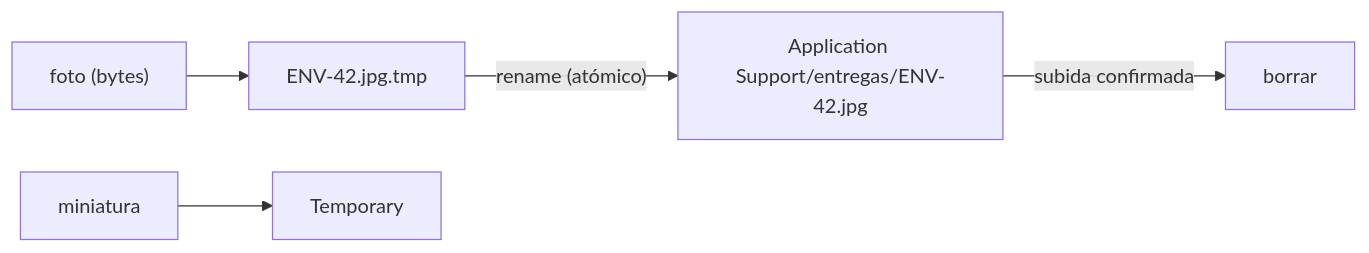
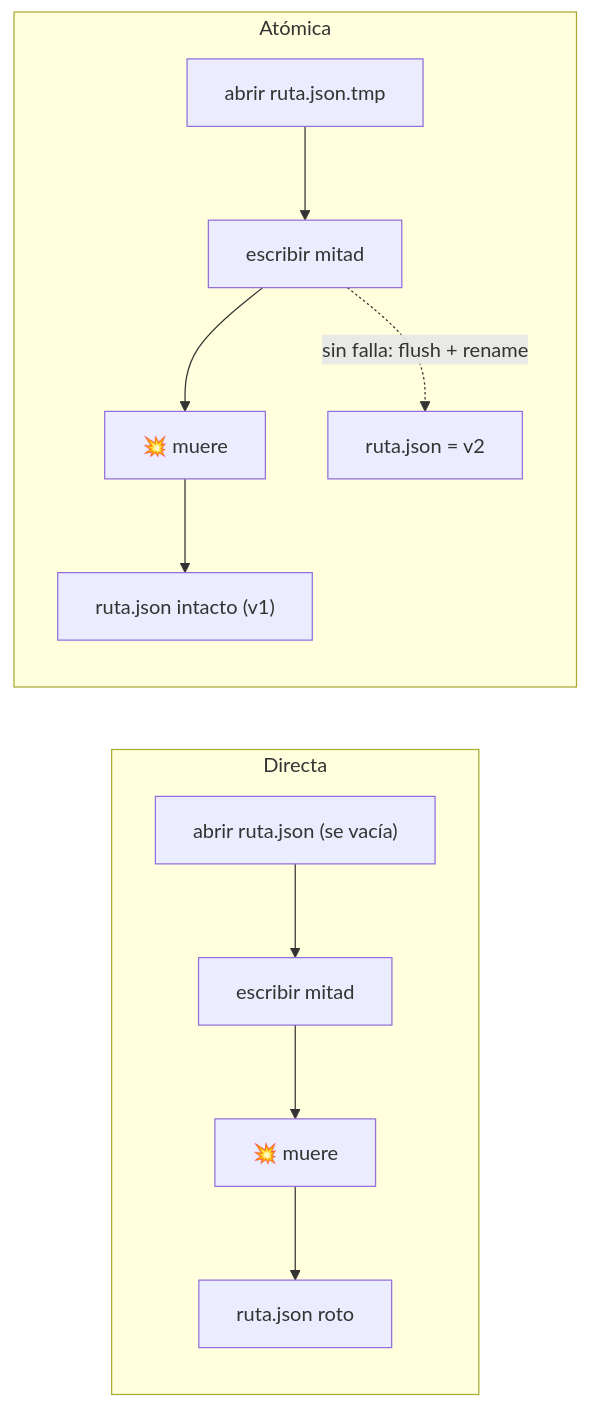
One commit to NICORUIZ93/The_Imperial_Book changed the fifth of 5 diagrams in web/public/content/flutter/modulo-6.md. Above: the diagram before and after it, drawn with Mermaid. The commit also changed other lines of this file and 6 other files, not shown here.

````diff
--- a/web/public/content/flutter/modulo-6.md
+++ b/web/public/content/flutter/modulo-6.md
@@ -502,7 +1483,10 @@
 ```mermaid
 flowchart LR
-    F["foto (bytes)"] --> T["ENV-42.jpg.tmp"]
-    T -->|"rename (atómico)"| A["Application Support/entregas/ENV-42.jpg"]
-    A -->|"subida confirmada"| B["borrar"]
-    M["miniatura"] --> C["Temporary"]
+    subgraph D["Directa"]
+        D1["abrir ruta.json (se vacía)"] --> D2["escribir mitad"] --> D3["💥 muere"] --> D4["ruta.json roto"]
+    end
+    subgraph A["Atómica"]
+        A1["abrir ruta.json.tmp"] --> A2["escribir mitad"] --> A3["💥 muere"] --> A4["ruta.json intacto (v1)"]
+        A2 -.->|"sin falla: flush + rename"| A5["ruta.json = v2"]
+    end
 ```
````
